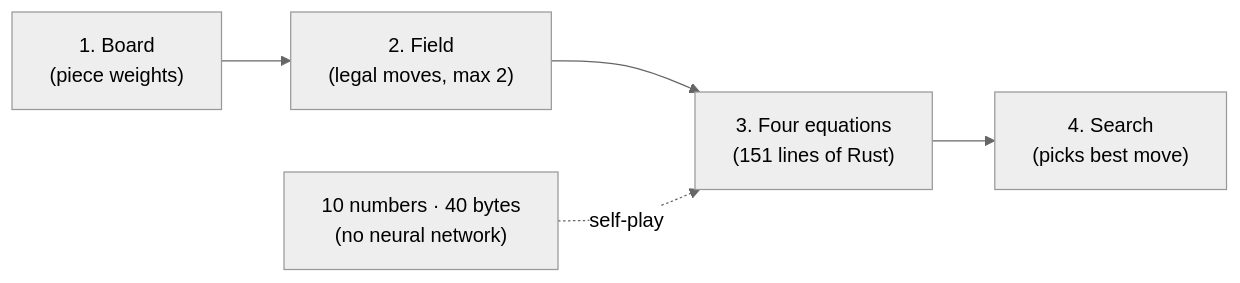
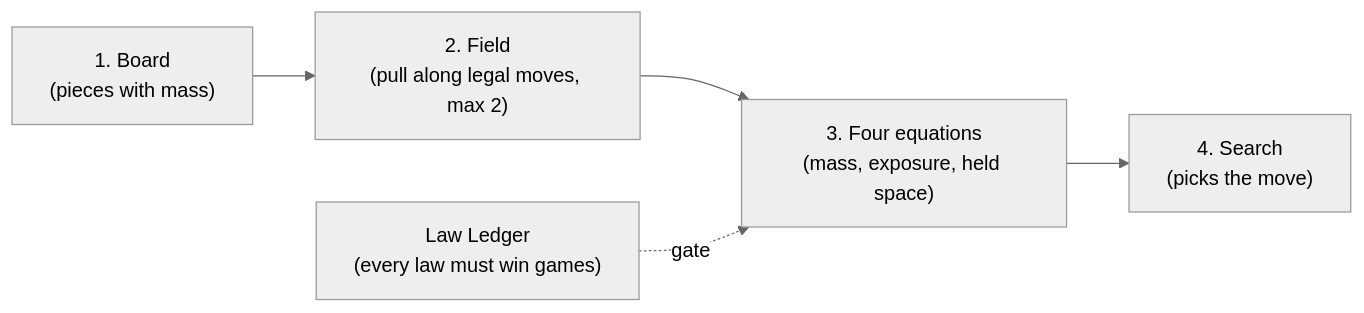
One commit to r-baruah/kepler-64 changed the diagram in README.md. Above: the diagram before and after it, drawn with Mermaid (neutral theme). The commit also changed other lines of this file and 1 other file, not shown here.

First line of the commit message:
docs: tell the README as laws re-derived for the board

````diff
--- a/README.md
+++ b/README.md
@@ -23,7 +45,7 @@
 ```mermaid
 flowchart LR
-    A["1. Board\n(piece weights)"] --> B["2. Field\n(legal moves, max 2)"]
-    B --> C["3. Four equations\n(151 lines of Rust)"]
-    C --> D["4. Search\n(picks best move)"]
-    E["10 numbers · 40 bytes\n(no neural network)"] -. "self-play" .-> C
+    A["1. Board<br/>(pieces with mass)"] --> B["2. Field<br/>(pull along legal moves, max 2)"]
+    B --> C["3. Four equations<br/>(mass, exposure, held space)"]
+    C --> D["4. Search<br/>(picks the move)"]
+    E["Law Ledger<br/>(every law must win games)"] -. "gate" .-> C
 ```
````
